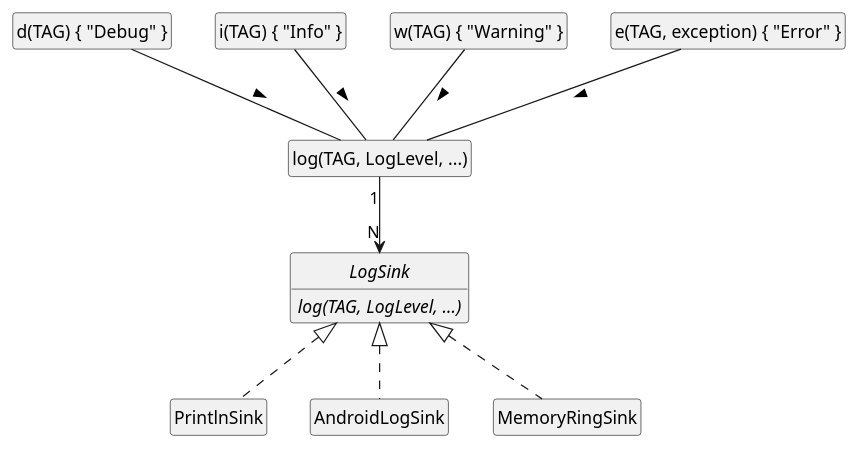
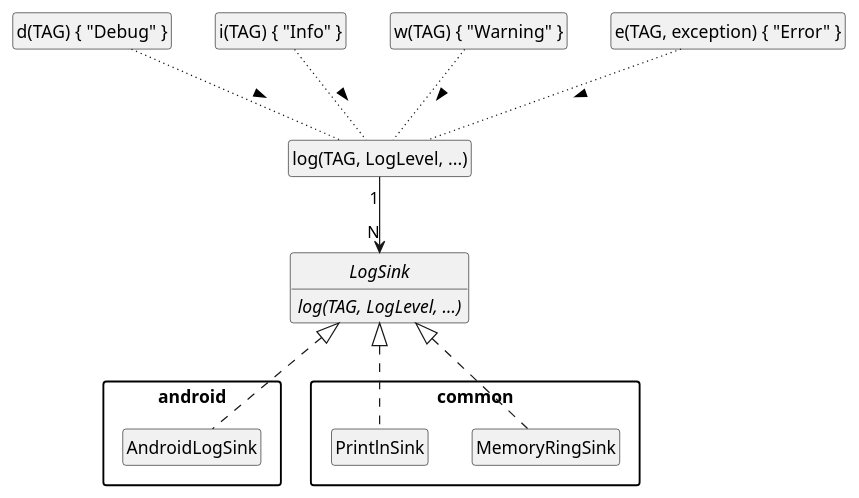
One commit to sergejsha/logger changed the diagram in documentation/architecture.iuml. Above: the diagram before and after it, drawn with PlantUML.

Commit message:
Update arch diagram

```diff
--- a/documentation/architecture.iuml
+++ b/documentation/architecture.iuml
@@ -1,30 +1,36 @@
 @startuml
+skinparam packageStyle rectangle
 hide empty members
 hide stereotype
 hide circle
 
 class "d(TAG) { "Debug" }" as Debug
 class "i(TAG) { "Info" }" as Info
 class "w(TAG) { "Warning" }" as Warn
 class "e(TAG, exception) { "Error" }" as Error
 class "log(TAG, LogLevel, ...)" as Log
 
-Debug -- Log : >
-Info -- Log : >
-Warn -- Log : >
-Error -- Log : >
+Debug -[dotted]- Log : >
+Info -[dotted]- Log : >
+Warn -[dotted]- Log : >
+Error -[dotted]- Log : >
 
 interface LogSink {
     {abstract} log(TAG, LogLevel, ...)
 }
 
-class PrintlnSink
-class AndroidLogSink
-class MemoryRingSink
+package android {
+    class AndroidLogSink
+}
+
+package common {
+    class PrintlnSink
+    class MemoryRingSink
+}
 
 LogSink <|.. PrintlnSink
+LogSink <|.. MemoryRingSink
 LogSink <|.. AndroidLogSink
-LogSink <|.. MemoryRingSink
 
 Log "1" --> "N" LogSink
 @enduml
```
